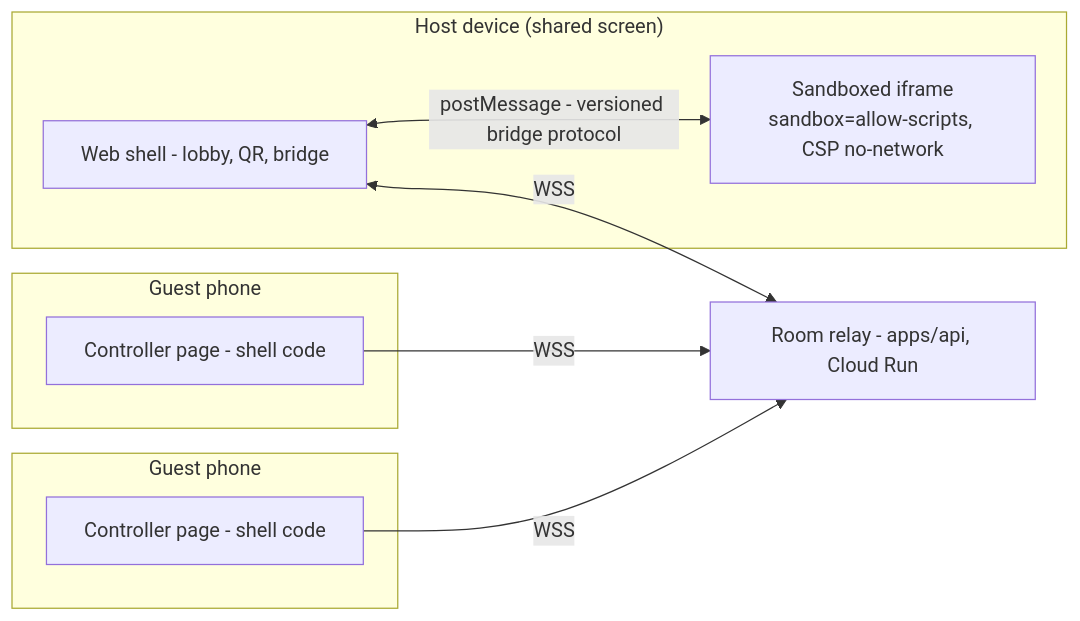
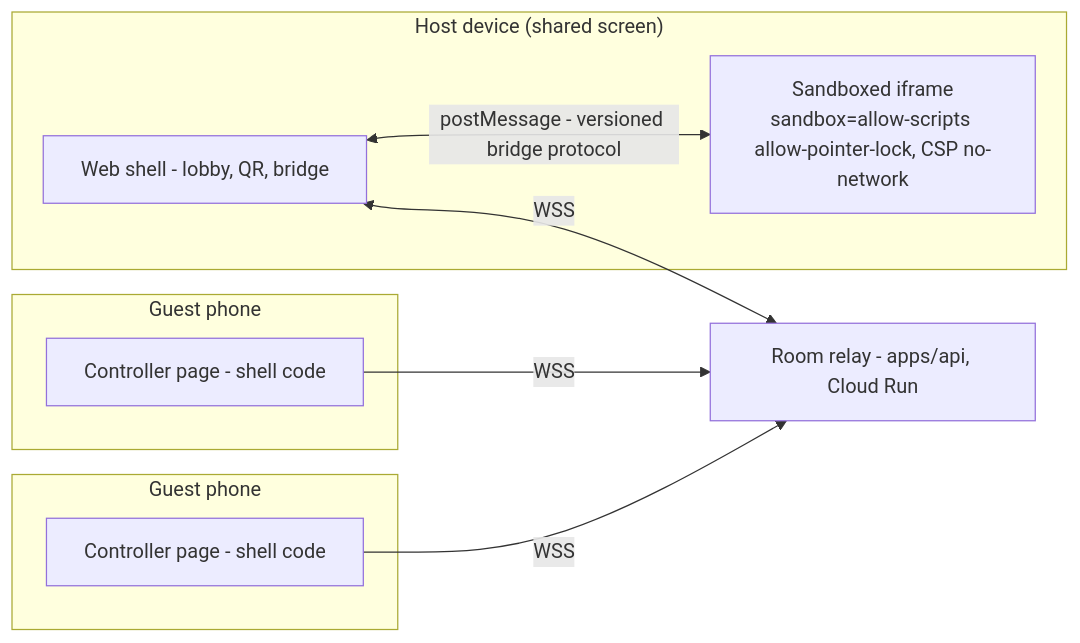
One commit to gamedevpl/www.gamedev.pl changed the diagram in docs/multiplayer-plan.md. Above: the diagram before and after it, drawn with Mermaid. The commit also changed other lines of this file and 21 other files, not shown here.

First line of the commit message:
Align sandbox copy and preview CSP with allow-pointer-lock

````diff
--- a/docs/multiplayer-plan.md
+++ b/docs/multiplayer-plan.md
@@ -150,17 +150,17 @@
 ```mermaid
 flowchart LR
     subgraph Phone1["Guest phone"]
       C1[Controller page - shell code]
     end
     subgraph Phone2["Guest phone"]
       C2[Controller page - shell code]
     end
     subgraph Host["Host device (shared screen)"]
       Shell[Web shell - lobby, QR, bridge]
-      IF["Sandboxed iframe<br/>sandbox=allow-scripts, CSP no-network"]
+      IF["Sandboxed iframe<br/>sandbox=allow-scripts allow-pointer-lock, CSP no-network"]
       Shell <-->|postMessage - versioned bridge protocol| IF
     end
     C1 -->|WSS| S[Room relay - apps/api, Cloud Run]
     C2 -->|WSS| S
     Shell <-->|WSS| S
 ```
````
